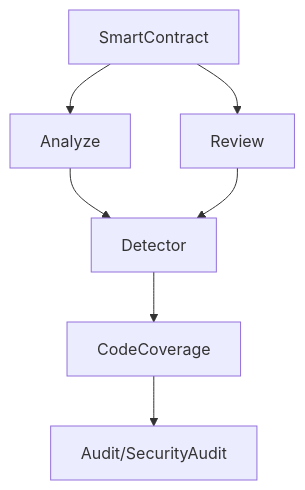
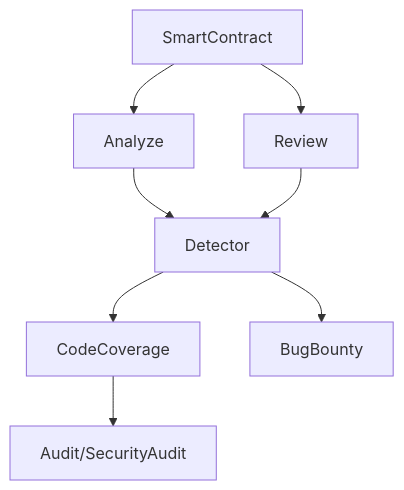
The second of 3 diagrams in profile/README.md (blue-lotus-org/.github), drawn with Mermaid before and after one commit.

````diff
--- a/profile/README.md
+++ b/profile/README.md
@@ -91,6 +91,7 @@
 ```mermaid
 graph TD;
     SmartContract-->Analyze-->Detector
     SmartContract-->Review-->Detector
      Detector-->CodeCoverage-->Audit/SecurityAudit
+     Detector-->BugBounty
 ```
````
